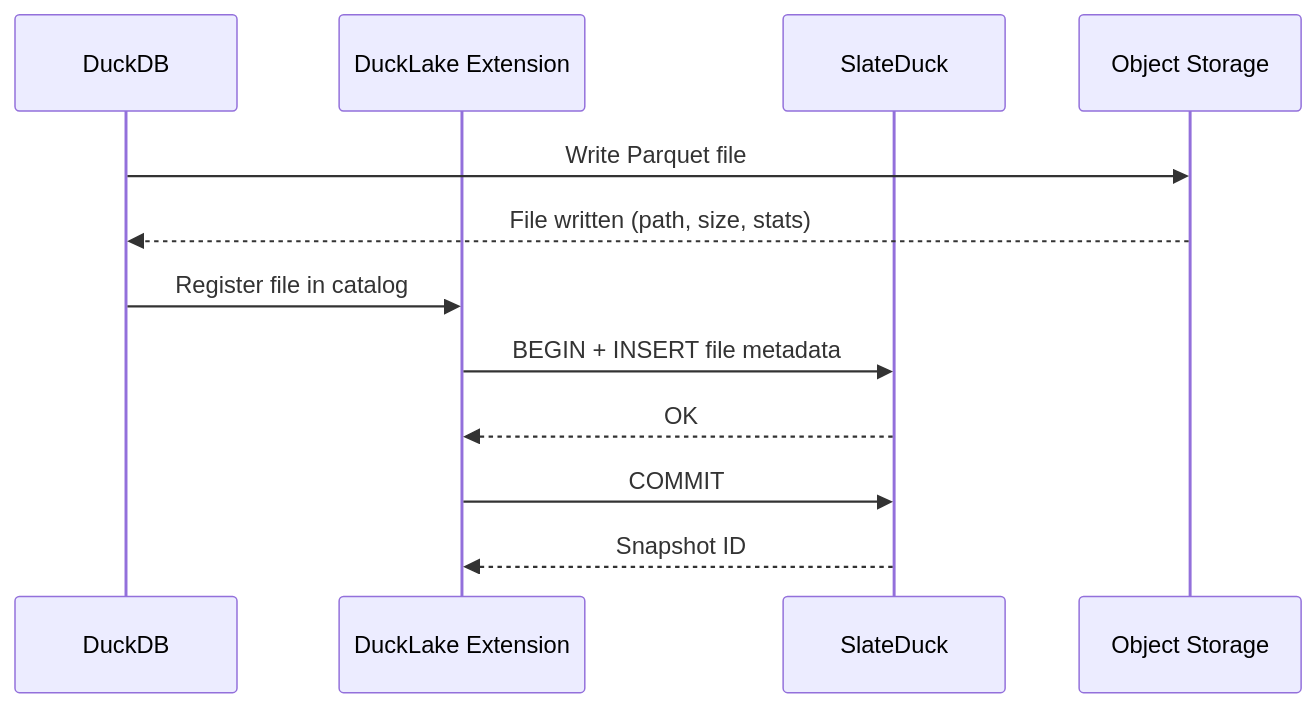
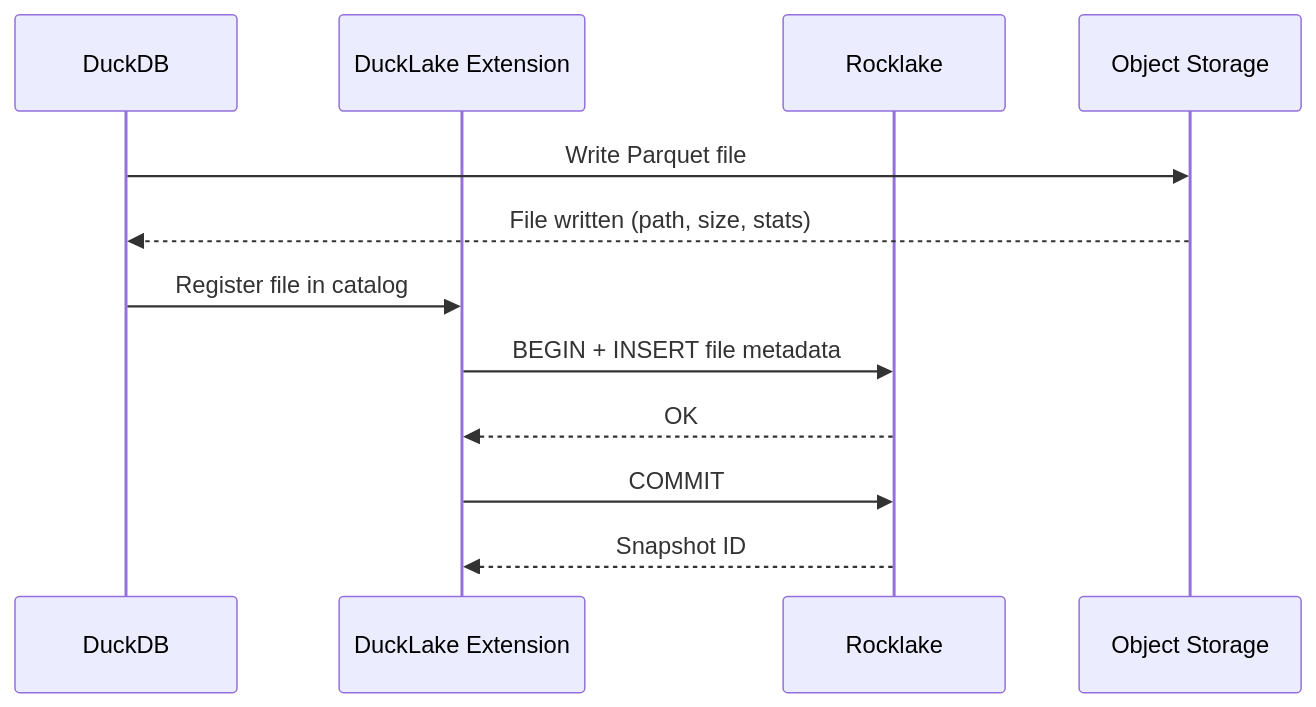
Before and after one commit to trickle-labs/slateduck: the second of 2 diagrams in docs/integration/duckdb.md, drawn with Mermaid. The commit also changed other lines of this file and 396 other files, not shown here.

First line of the commit message:
rename: SlateDuck -> Rocklake across entire codebase

````diff
--- a/docs/integration/duckdb.md
+++ b/docs/integration/duckdb.md
@@ -110,15 +110,15 @@
 ```mermaid
 sequenceDiagram
     participant DuckDB
     participant DuckLake Extension
-    participant SlateDuck
+    participant Rocklake
     participant Object Storage
     
     DuckDB->>Object Storage: Write Parquet file
     Object Storage-->>DuckDB: File written (path, size, stats)
     DuckDB->>DuckLake Extension: Register file in catalog
-    DuckLake Extension->>SlateDuck: BEGIN + INSERT file metadata
-    SlateDuck-->>DuckLake Extension: OK
-    DuckLake Extension->>SlateDuck: COMMIT
-    SlateDuck-->>DuckLake Extension: Snapshot ID
+    DuckLake Extension->>Rocklake: BEGIN + INSERT file metadata
+    Rocklake-->>DuckLake Extension: OK
+    DuckLake Extension->>Rocklake: COMMIT
+    Rocklake-->>DuckLake Extension: Snapshot ID
 ```
````
